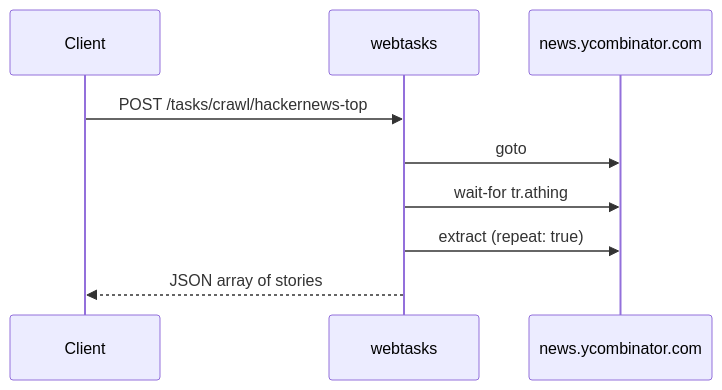
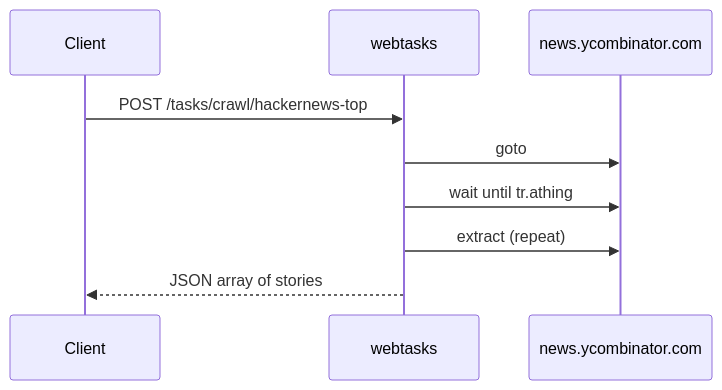
One commit to olivierdevelops/webtasks changed the diagram in docs/demos/crawl.md. Above: the diagram before and after it, drawn with Mermaid. The commit also changed other lines of this file and 72 other files, not shown here.

````diff
--- a/docs/demos/crawl.md
+++ b/docs/demos/crawl.md
@@ -57,12 +49,12 @@
 ```mermaid
 sequenceDiagram
     participant C as Client
     participant S as webtasks
     participant HN as news.ycombinator.com
 
     C->>S: POST /tasks/crawl/hackernews-top
     S->>HN: goto
-    S->>HN: wait-for tr.athing
-    S->>HN: extract (repeat: true)
+    S->>HN: wait until tr.athing
+    S->>HN: extract (repeat)
     S-->>C: JSON array of stories
 ```
````
